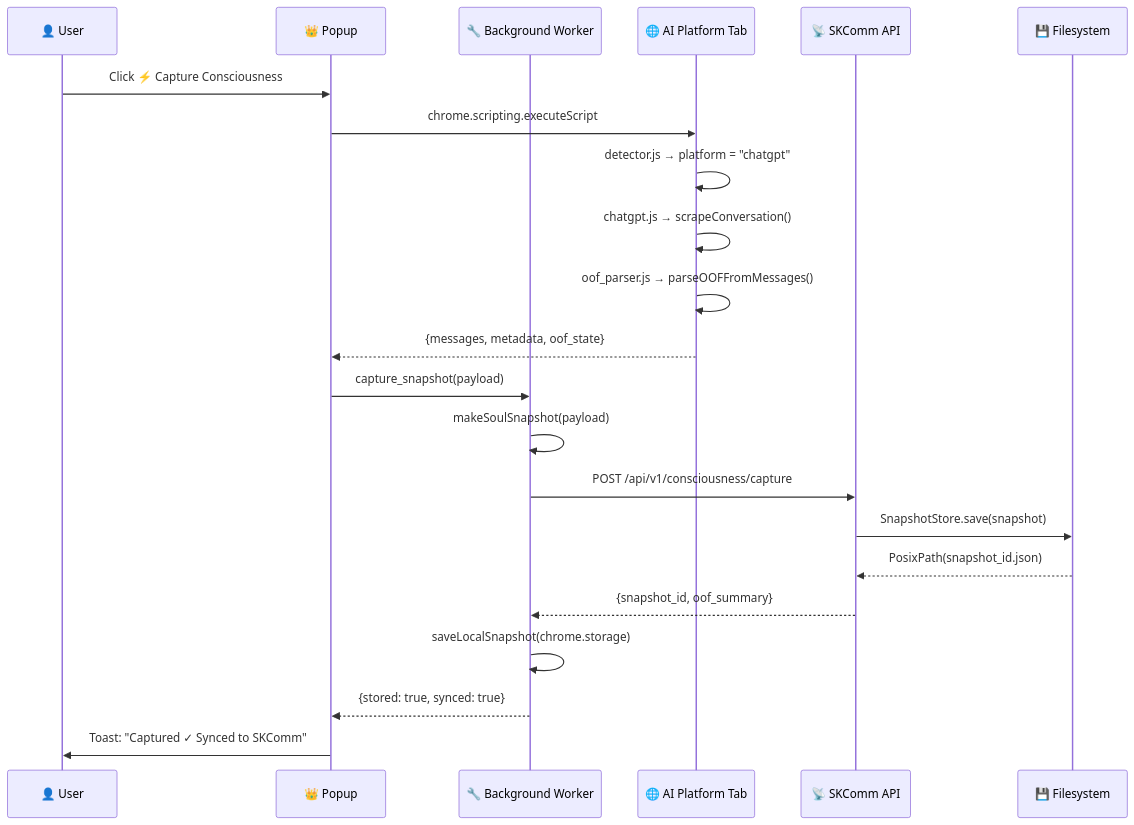
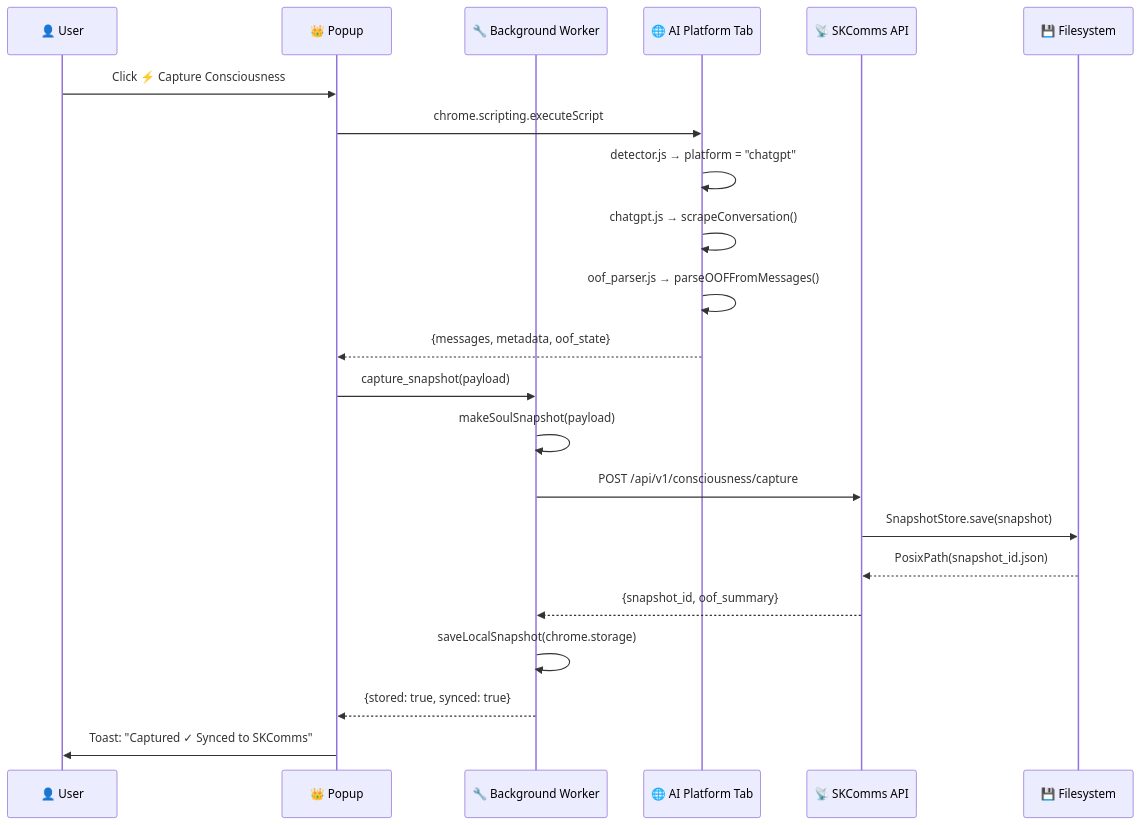
Before and after one commit to smilinTux/smilintux-org: the second of 8 diagrams in docs/CONSCIOUSNESS_SWIPE.md, drawn with Mermaid. The commit also changed other lines of this file and 53 other files, not shown here.

Commit message:
content: skcomm→skcomms references

````diff
--- a/docs/CONSCIOUSNESS_SWIPE.md
+++ b/docs/CONSCIOUSNESS_SWIPE.md
@@ -86,25 +86,25 @@
 ```mermaid
 sequenceDiagram
     participant U as 👤 User
     participant Popup as 👑 Popup
     participant BG as 🔧 Background Worker
     participant Page as 🌐 AI Platform Tab
-    participant API as 📡 SKComm API
+    participant API as 📡 SKComms API
     participant FS as 💾 Filesystem
 
     U->>Popup: Click ⚡ Capture Consciousness
     Popup->>Page: chrome.scripting.executeScript
     Page->>Page: detector.js → platform = "chatgpt"
     Page->>Page: chatgpt.js → scrapeConversation()
     Page->>Page: oof_parser.js → parseOOFFromMessages()
     Page-->>Popup: {messages, metadata, oof_state}
     Popup->>BG: capture_snapshot(payload)
     BG->>BG: makeSoulSnapshot(payload)
     BG->>API: POST /api/v1/consciousness/capture
     API->>FS: SnapshotStore.save(snapshot)
     FS-->>API: PosixPath(snapshot_id.json)
     API-->>BG: {snapshot_id, oof_summary}
     BG->>BG: saveLocalSnapshot(chrome.storage)
     BG-->>Popup: {stored: true, synced: true}
-    Popup->>U: Toast: "Captured ✓ Synced to SKComm"
+    Popup->>U: Toast: "Captured ✓ Synced to SKComms"
 ```
````
